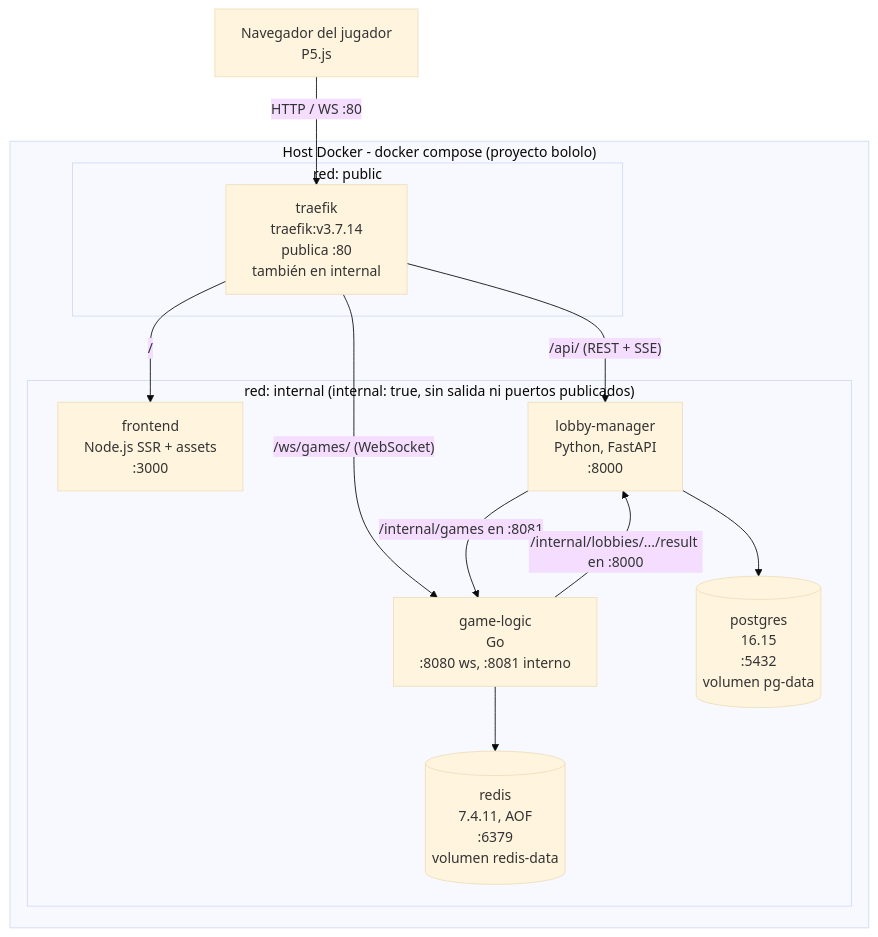
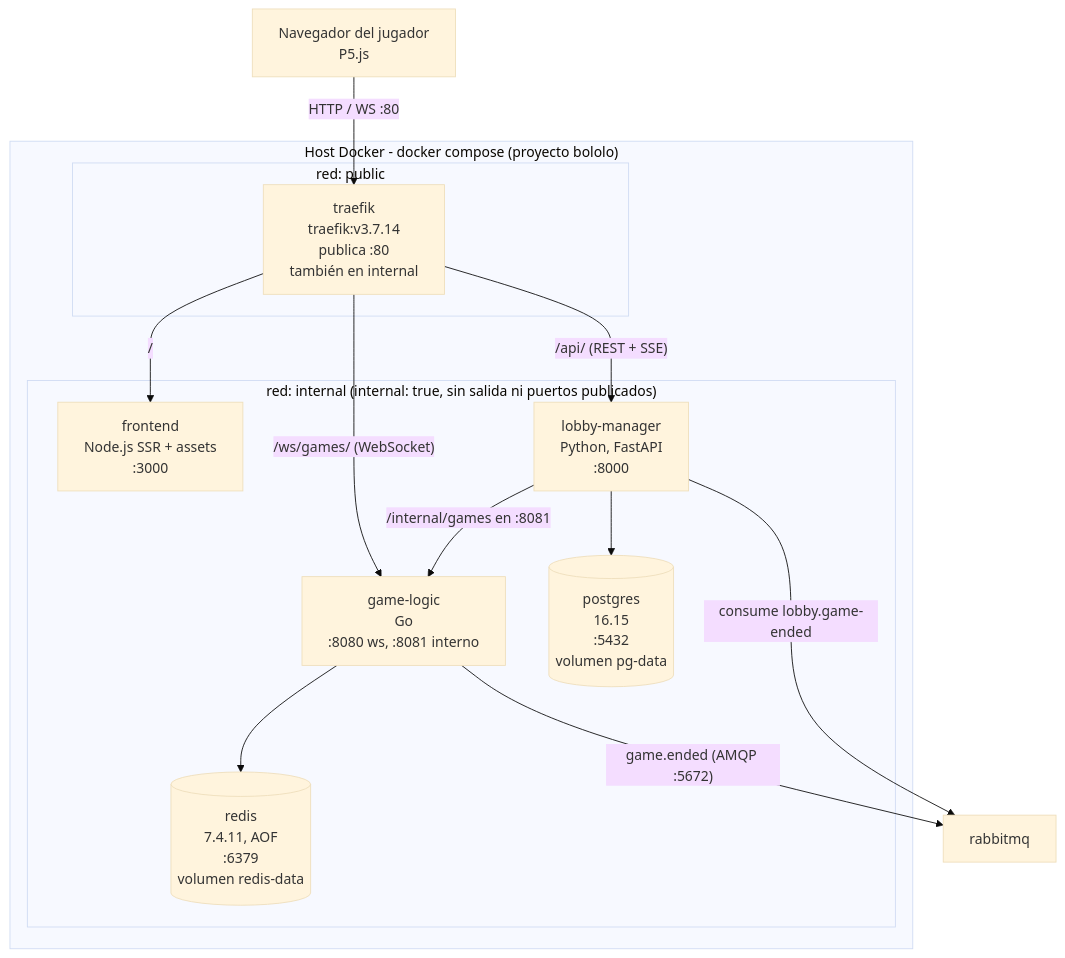
One commit to soetgdeznsgk/ArchSoft-Group1F changed the diagram in docs/deployment.md. Above: the diagram before and after it, drawn with Mermaid (base theme). The commit also changed other lines of this file and 33 other files, not shown here.

First line of the commit message:
Publish game results on RabbitMQ to remove the Lobby <-> Game Logic cycle

````diff
--- a/docs/deployment.md
+++ b/docs/deployment.md
@@ -55,26 +55,27 @@
 ```mermaid
 flowchart TB
     U["Navegador del jugador<br/>P5.js"]
 
     subgraph HOST["Host Docker - docker compose (proyecto bololo)"]
         subgraph PUB["red: public"]
             TR["traefik<br/>traefik:v3.7.14<br/>publica :80<br/>también en internal"]
         end
         subgraph INT["red: internal (internal: true, sin salida ni puertos publicados)"]
             FE["frontend<br/>Node.js SSR + assets<br/>:3000"]
             LM["lobby-manager<br/>Python, FastAPI<br/>:8000"]
             GL["game-logic<br/>Go<br/>:8080 ws, :8081 interno"]
             PG[("postgres<br/>16.15<br/>:5432<br/>volumen pg-data")]
             RD[("redis<br/>7.4.11, AOF<br/>:6379<br/>volumen redis-data")]
         end
     end
 
     U -->|"HTTP / WS :80"| TR
     TR -->|"/"| FE
     TR -->|"/api/ (REST + SSE)"| LM
     TR -->|"/ws/games/ (WebSocket)"| GL
     LM -->|"/internal/games en :8081"| GL
-    GL -->|"/internal/lobbies/.../result en :8000"| LM
+    GL -->|"game.ended (AMQP :5672)"| MQ["rabbitmq"]
+    LM -->|"consume lobby.game-ended"| MQ
     LM --> PG
     GL --> RD
 ```
````
